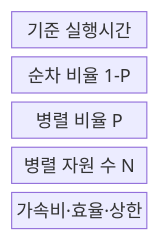
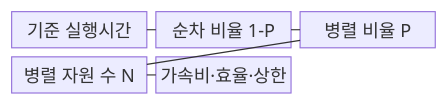
One commit to agnusdei1207/knowledge-base changed the first of 2 diagrams in src/content/docs/notes/06-evaluation/005_amdahls_law.md. Above: the diagram before and after it, drawn with Mermaid. The commit also changed other lines of this file and 53 other files, not shown here.

````diff
--- a/src/content/docs/notes/06-evaluation/005_amdahls_law.md
+++ b/src/content/docs/notes/06-evaluation/005_amdahls_law.md
@@ -51,9 +51,13 @@
 ```mermaid
 block-beta
-  columns 1
+  columns 3
   B["기준 실행시간"]
   S["순차 비율 1-P"]
   P["병렬 비율 P"]
   N["병렬 자원 수 N"]
   R["가속비·효율·상한"]
+  B --- S
+  S --- P
+  P --- N
+  N --- R
 ```
````
